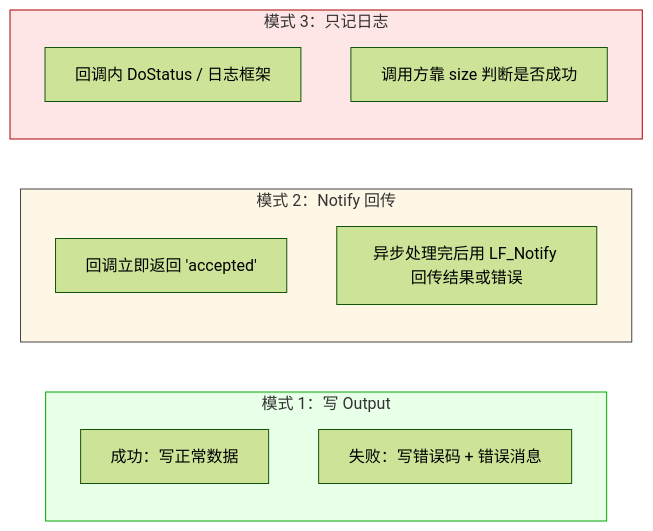
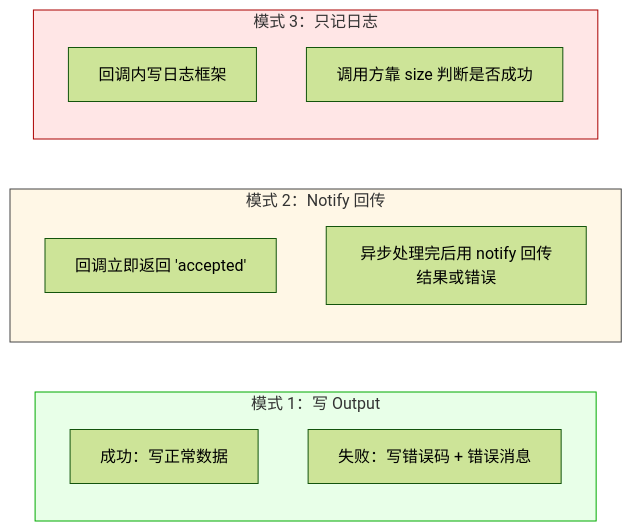
Before and after one commit to PassByYou888/LingoFuse: the second of 4 diagrams in doc/LF_Error_In_Callback.md, drawn with Mermaid (forest theme). The commit also changed other lines of this file, not shown here.

````diff
--- a/doc/LF_Error_In_Callback.md
+++ b/doc/LF_Error_In_Callback.md
@@ -27,19 +27,19 @@
 ```mermaid
 flowchart LR
     subgraph M1["模式 1：写 Output"]
         A1["成功：写正常数据"]
         A2["失败：写错误码 + 错误消息"]
     end
     subgraph M2["模式 2：Notify 回传"]
         B1["回调立即返回 'accepted'"]
-        B2["异步处理完后用 LF_Notify 回传结果或错误"]
+        B2["异步处理完后用 notify 回传结果或错误"]
     end
     subgraph M3["模式 3：只记日志"]
-        C1["回调内 DoStatus / 日志框架"]
+        C1["回调内写日志框架"]
         C2["调用方靠 size 判断是否成功"]
     end
 
     style M1 fill:#e8ffe8,stroke:#0a0
     style M2 fill:#fff7e6,stroke:#444
     style M3 fill:#ffe6e6,stroke:#a00
 ```
````
